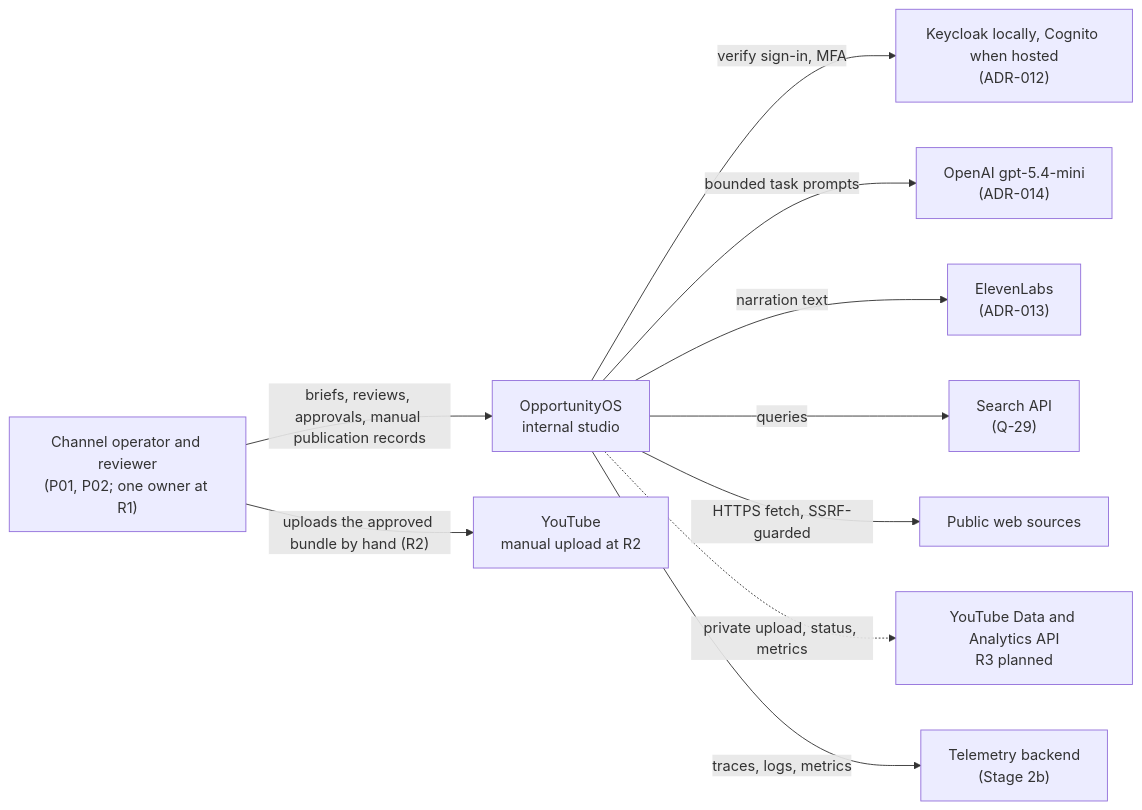
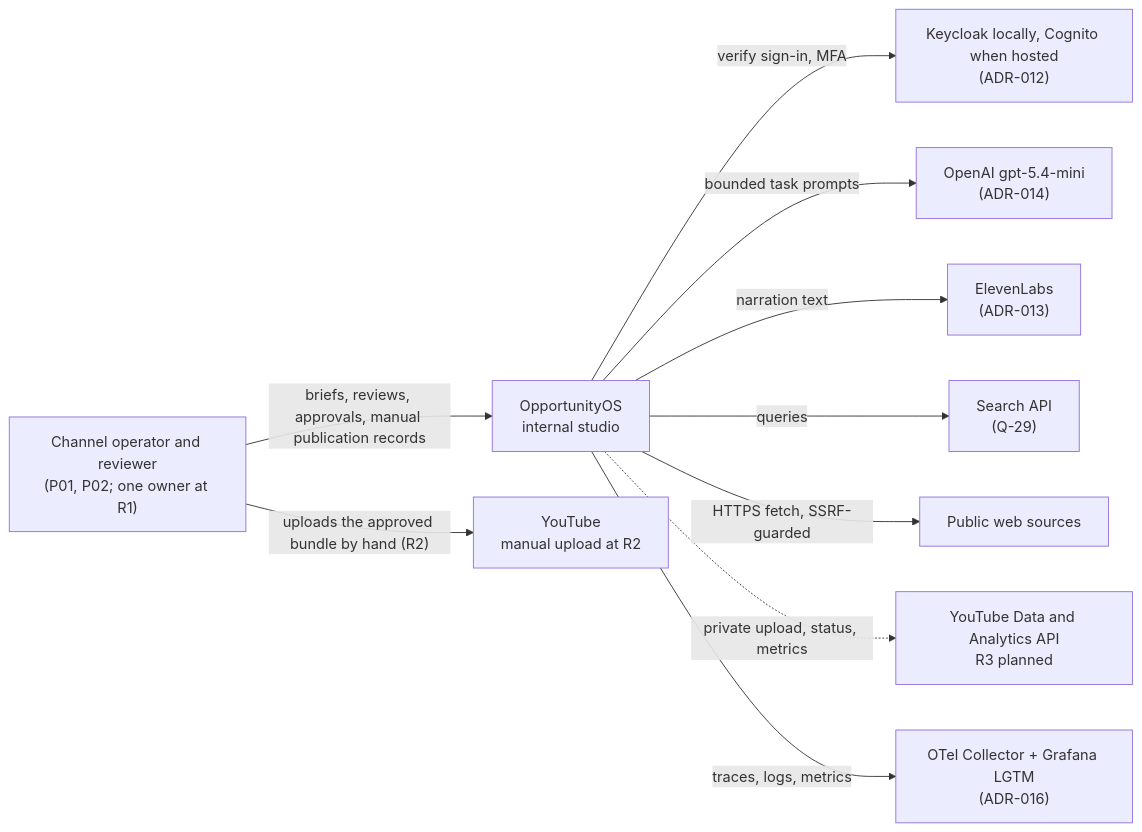
Before and after one commit to swa01wk/opportunity-os: the first of 7 diagrams in docs/architecture/ARCHITECTURE.md, drawn with Mermaid. The commit also changed other lines of this file and 25 other files, not shown here.

````diff
--- a/docs/architecture/ARCHITECTURE.md
+++ b/docs/architecture/ARCHITECTURE.md
@@ -13,23 +13,23 @@
 ```mermaid
 flowchart LR
   op["Channel operator and reviewer<br/>(P01, P02; one owner at R1)"]
   oos["OpportunityOS<br/>internal studio"]
   idp["Keycloak locally, Cognito when hosted<br/>(ADR-012)"]
   llm["OpenAI gpt-5.4-mini<br/>(ADR-014)"]
   tts["ElevenLabs<br/>(ADR-013)"]
   search["Search API<br/>(Q-29)"]
   web["Public web sources"]
   yt["YouTube<br/>manual upload at R2"]
   ytapi["YouTube Data and Analytics API<br/>R3 planned"]
-  otel["Telemetry backend<br/>(Stage 2b)"]
+  otel["OTel Collector + Grafana LGTM<br/>(ADR-016)"]
 
   op -- "briefs, reviews, approvals, manual publication records" --> oos
   op -- "uploads the approved bundle by hand (R2)" --> yt
   oos -- "verify sign-in, MFA" --> idp
   oos -- "bounded task prompts" --> llm
   oos -- "narration text" --> tts
   oos -- "queries" --> search
   oos -- "HTTPS fetch, SSRF-guarded" --> web
   oos -.->|"private upload, status, metrics"| ytapi
   oos -- "traces, logs, metrics" --> otel
 ```
````
